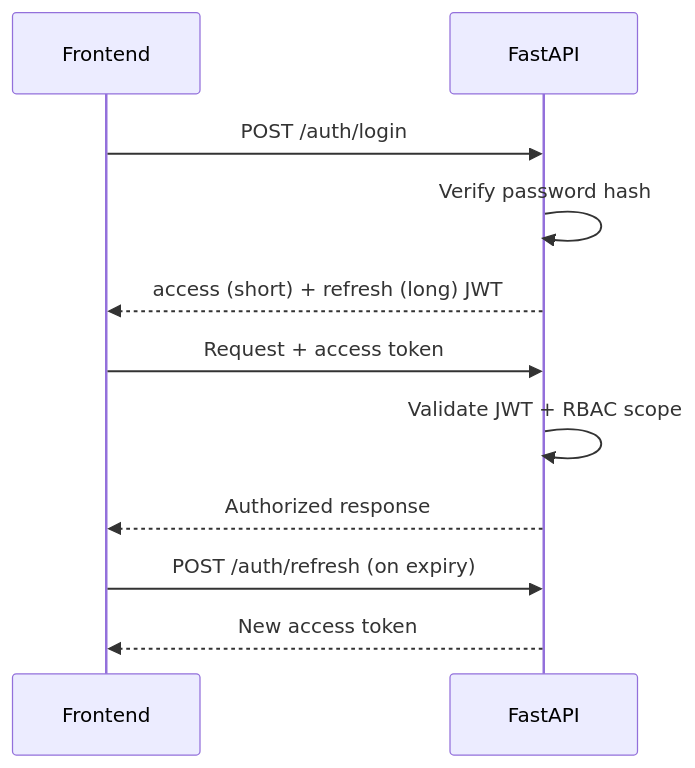
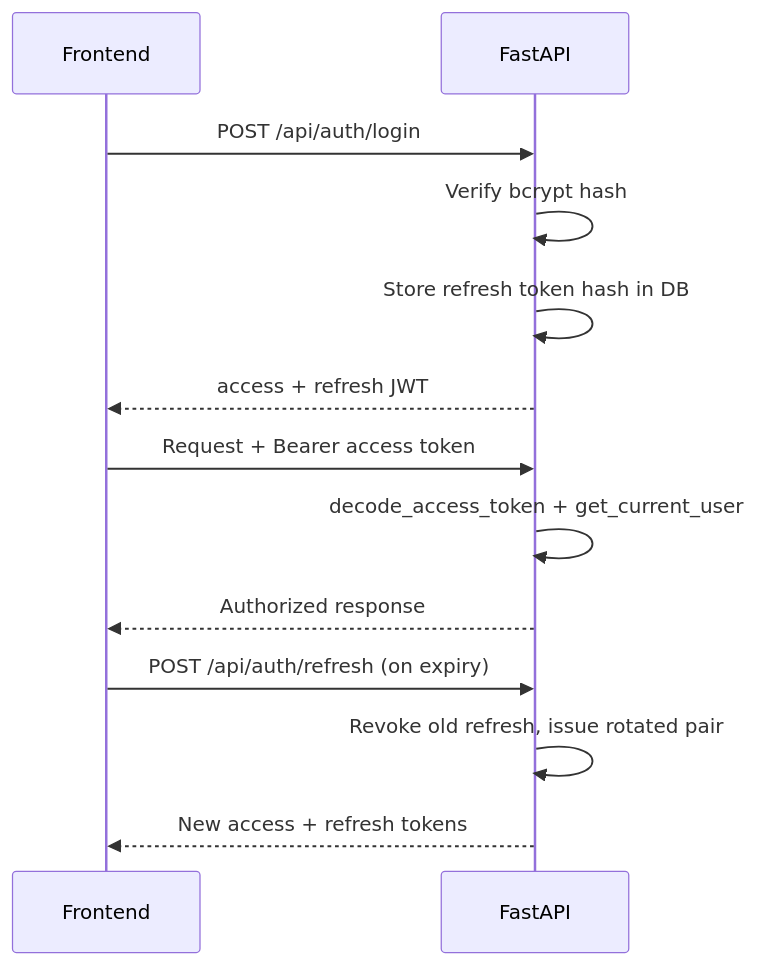
Before and after one commit to pratapVansh/TRACE: the sixth of 10 diagrams in docs/06_BACKEND_ARCHITECTURE.md, drawn with Mermaid. The commit also changed other lines of this file and 40 other files, not shown here.

````diff
--- a/docs/06_BACKEND_ARCHITECTURE.md
+++ b/docs/06_BACKEND_ARCHITECTURE.md
@@ -230,13 +318,15 @@
 ```mermaid
 sequenceDiagram
     participant FE as Frontend
     participant API as FastAPI
-    FE->>API: POST /auth/login
-    API->>API: Verify password hash
-    API-->>FE: access (short) + refresh (long) JWT
-    FE->>API: Request + access token
-    API->>API: Validate JWT + RBAC scope
+    FE->>API: POST /api/auth/login
+    API->>API: Verify bcrypt hash
+    API->>API: Store refresh token hash in DB
+    API-->>FE: access + refresh JWT
+    FE->>API: Request + Bearer access token
+    API->>API: decode_access_token + get_current_user
     API-->>FE: Authorized response
-    FE->>API: POST /auth/refresh (on expiry)
-    API-->>FE: New access token
+    FE->>API: POST /api/auth/refresh (on expiry)
+    API->>API: Revoke old refresh, issue rotated pair
+    API-->>FE: New access + refresh tokens
 ```
````
